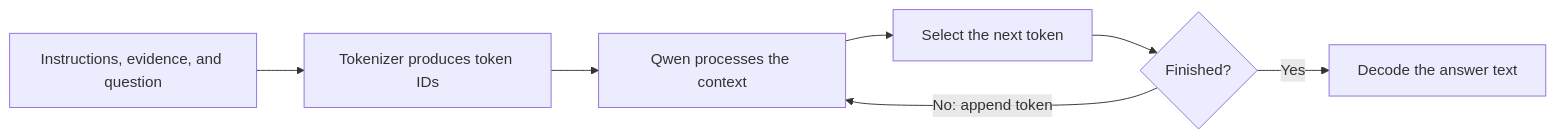
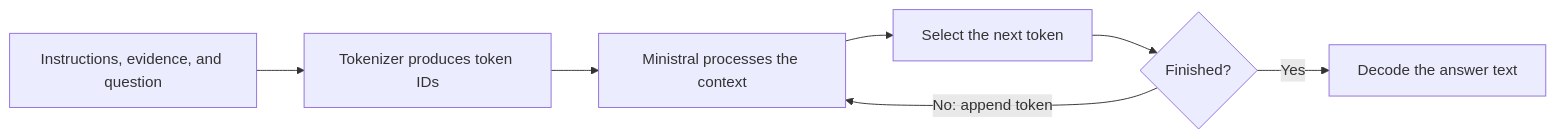
The second of 6 diagrams in docs/ai-pipeline.md (Kongstad/planetary-scanner), drawn with Mermaid before and after one commit. The commit also changed other lines of this file and 5 other files, not shown here.

Commit message:
Replace Qwen with Ministral 3 for local answers

````diff
--- a/docs/ai-pipeline.md
+++ b/docs/ai-pipeline.md
@@ -70,9 +70,9 @@
 ```mermaid
 flowchart LR
     Prompt[Instructions, evidence, and question] --> Tokens[Tokenizer produces token IDs]
-    Tokens --> Qwen[Qwen processes the context]
-    Qwen --> Next[Select the next token]
+    Tokens --> Ministral[Ministral processes the context]
+    Ministral --> Next[Select the next token]
     Next --> Complete{Finished?}
-    Complete -->|No: append token| Qwen
+    Complete -->|No: append token| Ministral
     Complete -->|Yes| Output[Decode the answer text]
 ```
````
